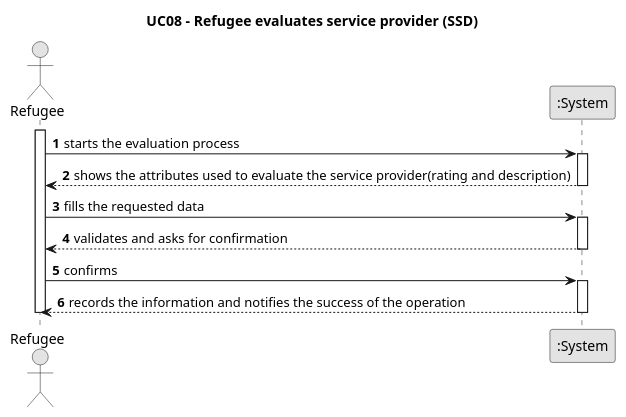
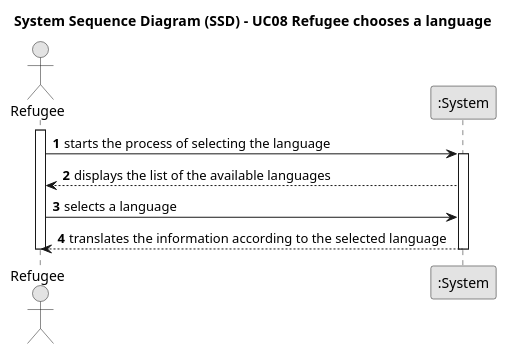
Before and after one commit to Chirano/GladlyGiven: the diagram in javaSprint2GladlyGiven/Docs/UseCases/uc08/requirements/puml/uc08-SSD.puml, drawn with PlantUML. The commit also changed 49 other files, not shown here.

```diff
--- a/javaSprint2GladlyGiven/Docs/UseCases/uc08/requirements/puml/uc08-SSD.puml
+++ b/javaSprint2GladlyGiven/Docs/UseCases/uc08/requirements/puml/uc08-SSD.puml
@@ -1,31 +1,25 @@
 @startuml
-'https://plantuml.com/sequence-diagram
-
 skinparam monochrome true
 skinparam packageStyle rectangle
 skinparam shadowing false
 
-title UC08 - Refugee evaluates service provider (SSD)
+title System Sequence Diagram (SSD) - UC08  Refugee chooses a language
+
+
 
 autonumber
 
-actor Refugee
-participant ":System" as System
+actor Refugee as refugee
+participant ":System" as system
 
-activate Refugee
-    Refugee -> System : starts the evaluation process
-    activate System
-        System --> Refugee : shows the attributes used to evaluate the service provider(rating and description)
-    deactivate System
+activate refugee
+    refugee -> system : starts the process of selecting the language
+    activate system
+        system --> refugee : displays the list of the available languages
+    refugee -> system : selects a language
+    system --> refugee : translates the information according to the selected language
+    deactivate system
+deactivate refugee
 
-    Refugee -> System : fills the requested data
-    activate System
-        System --> Refugee : validates and asks for confirmation
-    deactivate System
 
-    Refugee -> System : confirms
-    activate System
-        System --> Refugee : records the information and notifies the success of the operation
-    deactivate System
-deactivate Refugee
 @enduml
```
